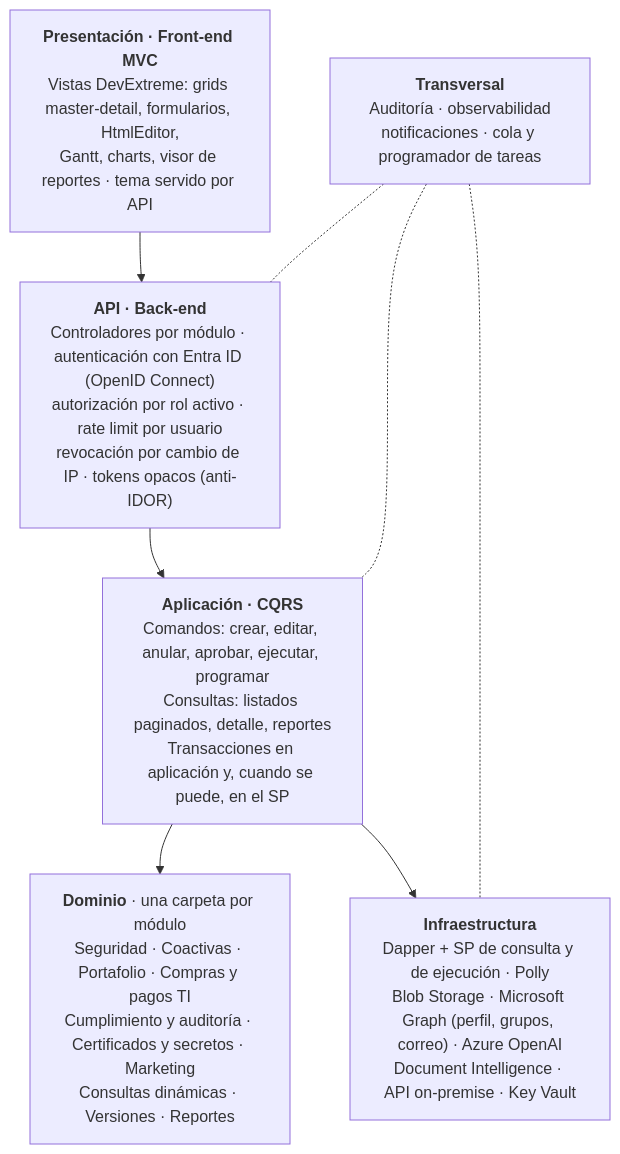
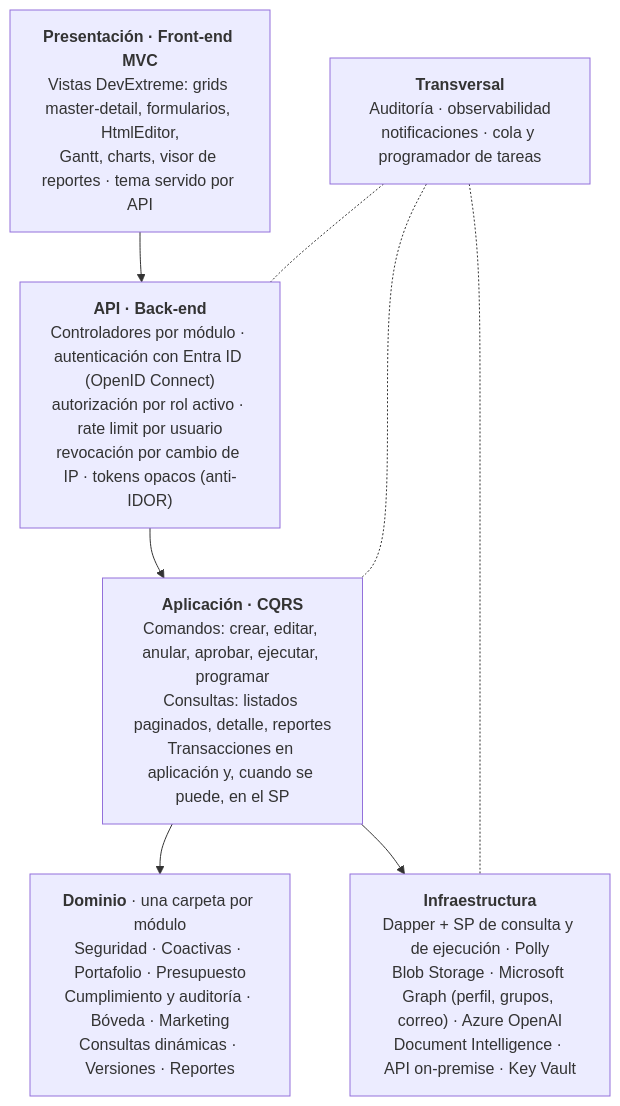
The second of 3 diagrams in docs/arquitectura.md (buenchico40/ProBank), drawn with Mermaid before and after one commit. The commit also changed other lines of this file and 304 other files, not shown here.

First line of the commit message:
Presupuesto, Consultas dinámicas, Configuración y Bóveda; mejoras de Portafolio, Marketing y Panel

````diff
--- a/docs/arquitectura.md
+++ b/docs/arquitectura.md
@@ -65,14 +65,14 @@
 ```mermaid
 flowchart TB
   P["<b>Presentación · Front-end MVC</b><br/>Vistas DevExtreme: grids master-detail, formularios, HtmlEditor,<br/>Gantt, charts, visor de reportes · tema servido por API"]
   A["<b>API · Back-end</b><br/>Controladores por módulo · autenticación con Entra ID (OpenID Connect)<br/>autorización por rol activo · rate limit por usuario<br/>revocación por cambio de IP · tokens opacos (anti-IDOR)"]
   C["<b>Aplicación · CQRS</b><br/>Comandos: crear, editar, anular, aprobar, ejecutar, programar<br/>Consultas: listados paginados, detalle, reportes<br/>Transacciones en aplicación y, cuando se puede, en el SP"]
-  D["<b>Dominio</b> · una carpeta por módulo<br/>Seguridad · Coactivas · Portafolio · Compras y pagos TI<br/>Cumplimiento y auditoría · Certificados y secretos · Marketing<br/>Consultas dinámicas · Versiones · Reportes"]
+  D["<b>Dominio</b> · una carpeta por módulo<br/>Seguridad · Coactivas · Portafolio · Presupuesto<br/>Cumplimiento y auditoría · Bóveda · Marketing<br/>Consultas dinámicas · Versiones · Reportes"]
   I["<b>Infraestructura</b><br/>Dapper + SP de consulta y de ejecución · Polly<br/>Blob Storage · Microsoft Graph (perfil, grupos, correo) · Azure OpenAI<br/>Document Intelligence · API on-premise · Key Vault"]
   X["<b>Transversal</b><br/>Auditoría · observabilidad<br/>notificaciones · cola y programador de tareas"]
   P --> A --> C --> D
   C --> I
   X -.- A
   X -.- C
   X -.- I
 ```
````
